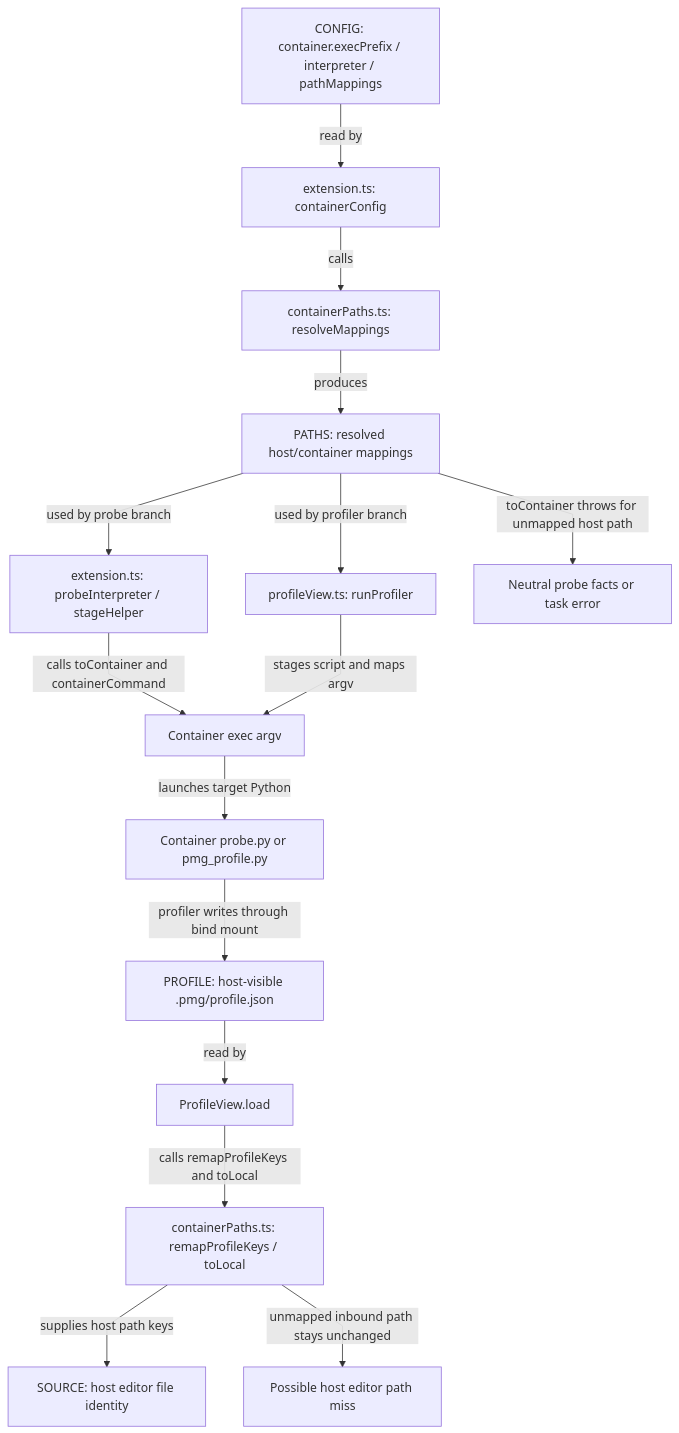
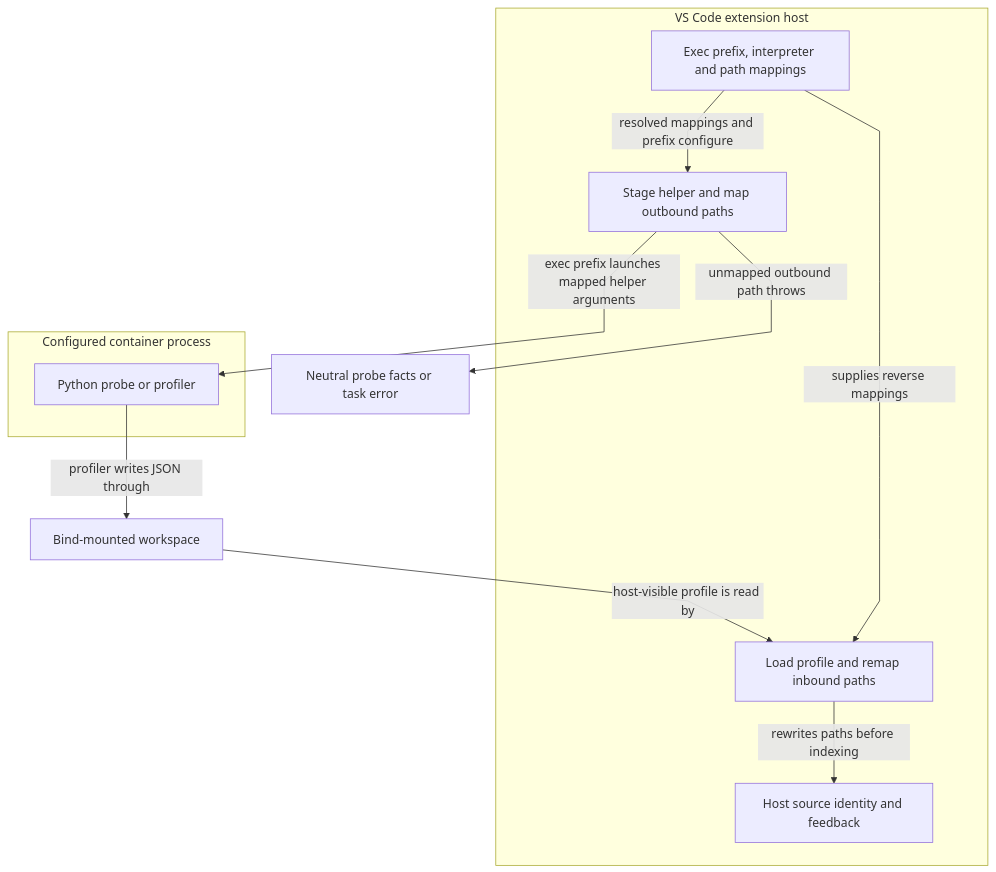
The eighth of 11 diagrams in docs/feature-map.md (AashishTangnami/python-memory-guardian), drawn with Mermaid before and after one commit. The commit also changed other lines of this file and 11 other files, not shown here.

Commit message:
updated feature map path

````diff
--- a/docs/feature-map.md
+++ b/docs/feature-map.md
@@ -362,18 +403,21 @@
 ```mermaid
 %%{init: {"fontFamily":"Inter, ui-sans-serif, system-ui, sans-serif","flowchart":{"curve":"linear","nodeSpacing":50,"rankSpacing":60},"layout":"dagre"}}%%
 flowchart TD
-    CONFIG["CONFIG: container.execPrefix / interpreter / pathMappings"] -->|read by| Config["extension.ts: containerConfig"]
-    Config -->|calls| Resolve["containerPaths.ts: resolveMappings"]
-    PATHS["PATHS: resolved host/container mappings"] -->|used by probe branch| Probe["extension.ts: probeInterpreter / stageHelper"]
-    Resolve -->|produces| PATHS
-    PATHS -->|used by profiler branch| Run["profileView.ts: runProfiler"]
-    Probe -->|calls toContainer and containerCommand| Argv["Container exec argv"]
-    Run -->|stages script and maps argv| Argv
-    Argv -->|launches target Python| Target["Container probe.py or pmg_profile.py"]
-    Target -->|profiler writes through bind mount| PROFILE["PROFILE: host-visible .pmg/profile.json"]
-    PROFILE -->|read by| Load["ProfileView.load"]
-    Load -->|calls remapProfileKeys and toLocal| Remap["containerPaths.ts: remapProfileKeys / toLocal"]
-    Remap -->|supplies host path keys| SOURCE["SOURCE: host editor file identity"]
-    PATHS -->|toContainer throws for unmapped host path| Error["Neutral probe facts or task error"]
-    Remap -->|unmapped inbound path stays unchanged| Miss["Possible host editor path miss"]
+    subgraph HOST["VS Code extension host"]
+      Settings["Exec prefix, interpreter and path mappings"]
+      Stage["Stage helper and map outbound paths"]
+      Load["Load profile and remap inbound paths"]
+      Editor["Host source identity and feedback"]
+    end
+    subgraph CONT["Configured container process"]
+      Target["Python probe or profiler"]
+    end
+    Shared["Bind-mounted workspace"]
+    Settings -->|resolved mappings and prefix configure| Stage
+    Stage -->|exec prefix launches mapped helper arguments| Target
+    Target -->|profiler writes JSON through| Shared
+    Shared -->|host-visible profile is read by| Load
+    Settings -->|supplies reverse mappings| Load
+    Load -->|rewrites paths before indexing| Editor
+    Stage -->|unmapped outbound path throws| Error["Neutral probe facts or task error"]
 ```
````
